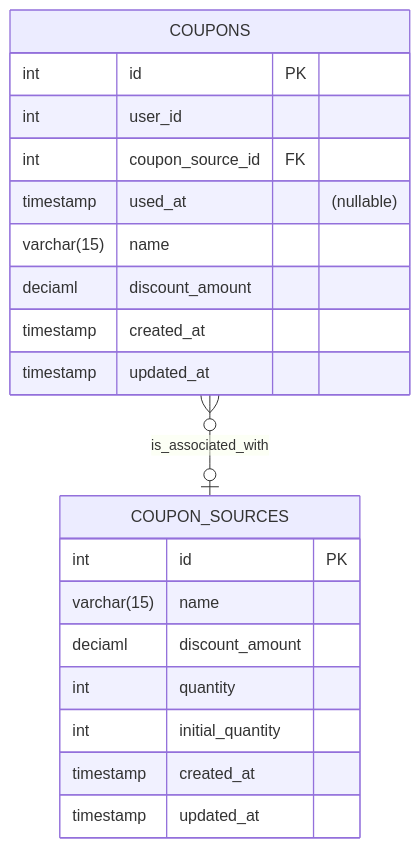
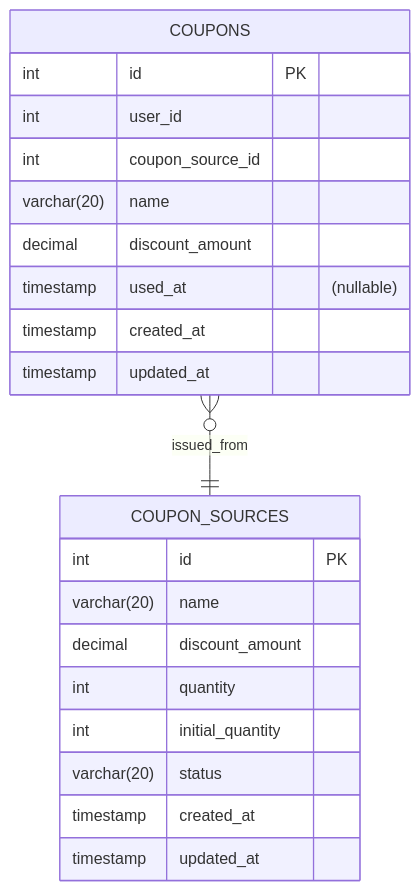
One commit to alert-kim/e-commerce changed the third of 3 diagrams in docs/specs/coupon.md. Above: the diagram before and after it, drawn with Mermaid. The commit also changed other lines of this file and 12 other files, not shown here.

````diff
--- a/docs/specs/coupon.md
+++ b/docs/specs/coupon.md
@@ -36,23 +66,25 @@
-```mermaid 
+```mermaid
 erDiagram
     COUPONS {
-      int id PK
-      int user_id
-      int coupon_source_id FK
-      timestamp used_at "(nullable)"
-      varchar(15) name
-      deciaml discount_amount
-      timestamp created_at
-      timestamp updated_at
+        int id PK
+        int user_id
+        int coupon_source_id
+        varchar(20) name
+        decimal discount_amount
+        timestamp used_at "(nullable)"
+        timestamp created_at
+        timestamp updated_at
     }
     COUPON_SOURCES {
-      int id PK
-      varchar(15) name
-      deciaml discount_amount
-      int quantity
-      int initial_quantity
-      timestamp created_at
-      timestamp updated_at
+        int id PK
+        varchar(20) name
+        decimal discount_amount
+        int quantity
+        int initial_quantity
+        varchar(20) status
+        timestamp created_at
+        timestamp updated_at
     }
-    COUPONS many to one or zero COUPON_SOURCES: is_associated_with
+
+    COUPONS zero or more to one COUPON_SOURCES : issued_from
 ```
````
